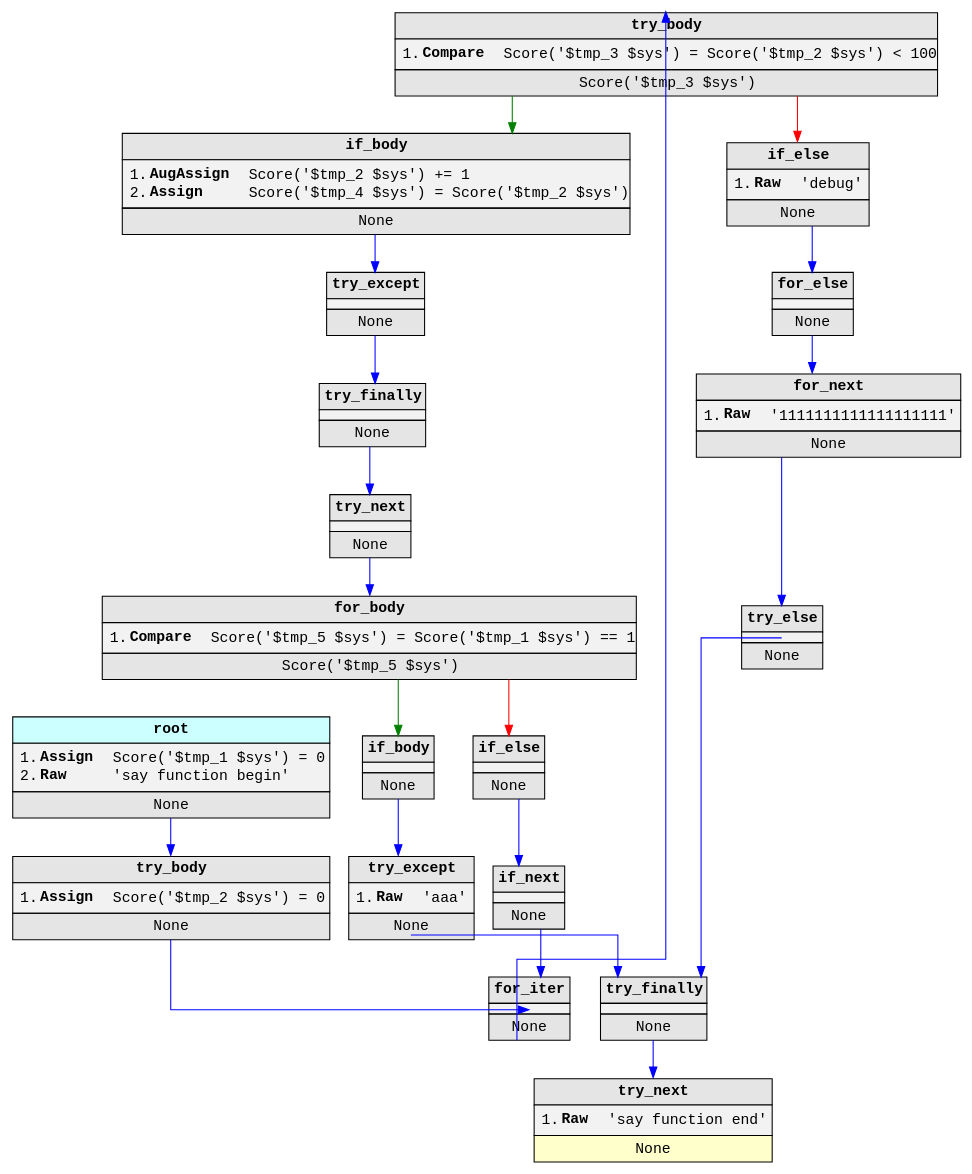
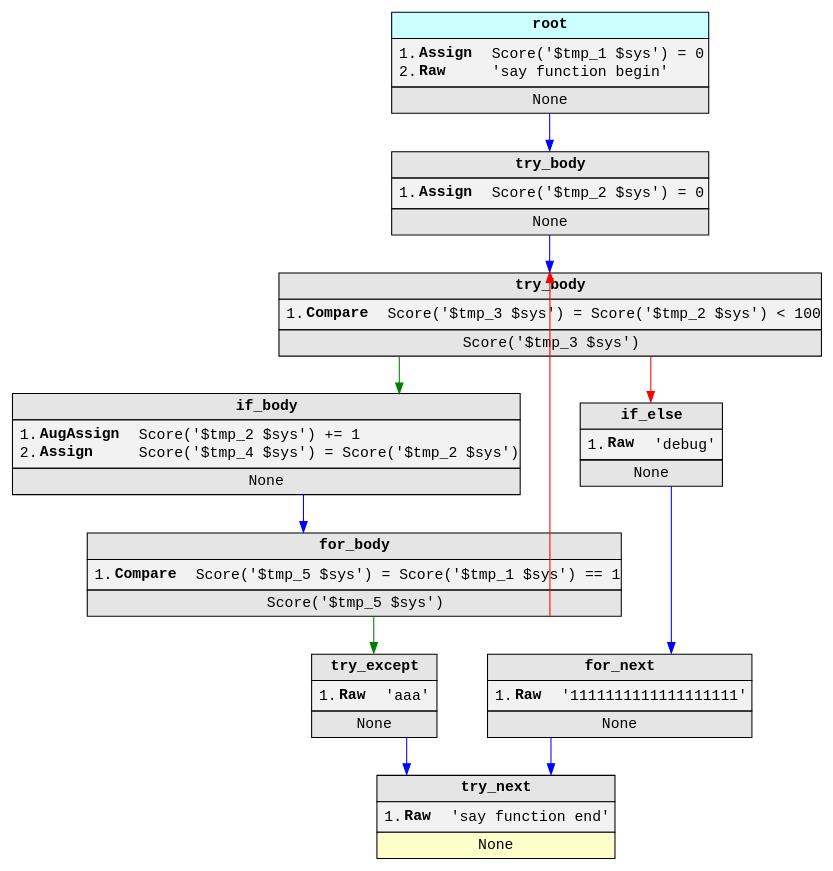
The diagram in test.dot (00ll00/pymcf), drawn with Graphviz before and after one commit. The commit also changed 2 other files, not shown here.

```diff
--- a/test.dot
+++ b/test.dot
@@ -1,178 +1,98 @@
 digraph {
 	node [fontname="Courier New"]
 	edge [fontname="Courier New"]
 	bgcolor=white splines=ortho
-	node_1550638433488 [label=<
+	node_2506838769552 [label=<
                     <table border="0" cellborder="1" cellspacing="0" cellpadding="4">
                         <tr><td><b>try_next</b></td></tr>
                         <tr><td bgcolor="gray95"><table border="0" cellborder="0" cellspacing="2" cellpadding="0">
                             <tr><td align="left">1.</td><td align="left"><b>Raw</b>  </td><td align="left">&#x27;say function end&#x27;</td></tr>
                         </table></td></tr>
                         <tr><td bgcolor="#ffffcc">None</td></tr>
                     </table>
                     > fillcolor=gray90 shape=plain style=filled]
-	node_1550638333456 [label=<
-                    <table border="0" cellborder="1" cellspacing="0" cellpadding="4">
-                        <tr><td><b>try_finally</b></td></tr>
-                        <tr><td bgcolor="gray95"></td></tr>
-                        <tr><td>None</td></tr>
-                    </table>
-                    > fillcolor=gray90 shape=plain style=filled]
-	node_1550638333456:s -> node_1550638433488:n [color=blue]
-	node_1550638432464 [label=<
-                    <table border="0" cellborder="1" cellspacing="0" cellpadding="4">
-                        <tr><td><b>try_else</b></td></tr>
-                        <tr><td bgcolor="gray95"></td></tr>
-                        <tr><td>None</td></tr>
-                    </table>
-                    > fillcolor=gray90 shape=plain style=filled]
-	node_1550638432464:s -> node_1550638333456:n [color=blue]
-	node_1550638434384 [label=<
+	node_2506838950800 [label=<
                     <table border="0" cellborder="1" cellspacing="0" cellpadding="4">
                         <tr><td><b>for_next</b></td></tr>
                         <tr><td bgcolor="gray95"><table border="0" cellborder="0" cellspacing="2" cellpadding="0">
                             <tr><td align="left">1.</td><td align="left"><b>Raw</b>  </td><td align="left">&#x27;1111111111111111111&#x27;</td></tr>
                         </table></td></tr>
                         <tr><td>None</td></tr>
                     </table>
                     > fillcolor=gray90 shape=plain style=filled]
-	node_1550638434384:s -> node_1550638432464:n [color=blue]
-	node_1550638433616 [label=<
-                    <table border="0" cellborder="1" cellspacing="0" cellpadding="4">
-                        <tr><td><b>for_else</b></td></tr>
-                        <tr><td bgcolor="gray95"></td></tr>
-                        <tr><td>None</td></tr>
-                    </table>
-                    > fillcolor=gray90 shape=plain style=filled]
-	node_1550638433616:s -> node_1550638434384:n [color=blue]
-	node_1550638436944 [label=<
+	node_2506838950800:s -> node_2506838769552:n [color=blue]
+	node_2506838953424 [label=<
                     <table border="0" cellborder="1" cellspacing="0" cellpadding="4">
                         <tr><td><b>if_else</b></td></tr>
                         <tr><td bgcolor="gray95"><table border="0" cellborder="0" cellspacing="2" cellpadding="0">
                             <tr><td align="left">1.</td><td align="left"><b>Raw</b>  </td><td align="left">&#x27;debug&#x27;</td></tr>
                         </table></td></tr>
                         <tr><td>None</td></tr>
                     </table>
                     > fillcolor=gray90 shape=plain style=filled]
-	node_1550638436944:s -> node_1550638433616:n [color=blue]
-	node_1550638438672 [label=<
-                    <table border="0" cellborder="1" cellspacing="0" cellpadding="4">
-                        <tr><td><b>if_next</b></td></tr>
-                        <tr><td bgcolor="gray95"></td></tr>
-                        <tr><td>None</td></tr>
-                    </table>
-                    > fillcolor=gray90 shape=plain style=filled]
-	node_1550638438672:s -> node_1550638434000:n [color=blue]
-	node_1550638438288 [label=<
-                    <table border="0" cellborder="1" cellspacing="0" cellpadding="4">
-                        <tr><td><b>if_else</b></td></tr>
-                        <tr><td bgcolor="gray95"></td></tr>
-                        <tr><td>None</td></tr>
-                    </table>
-                    > fillcolor=gray90 shape=plain style=filled]
-	node_1550638438288:s -> node_1550638438672:n [color=blue]
-	node_1550638333648 [label=<
+	node_2506838953424:s -> node_2506838950800:n [color=blue]
+	node_2506838866448 [label=<
                     <table border="0" cellborder="1" cellspacing="0" cellpadding="4">
                         <tr><td><b>try_except</b></td></tr>
                         <tr><td bgcolor="gray95"><table border="0" cellborder="0" cellspacing="2" cellpadding="0">
                             <tr><td align="left">1.</td><td align="left"><b>Raw</b>  </td><td align="left">&#x27;aaa&#x27;</td></tr>
                         </table></td></tr>
                         <tr><td>None</td></tr>
                     </table>
                     > fillcolor=gray90 shape=plain style=filled]
-	node_1550638333648:s -> node_1550638333456:n [color=blue]
-	node_1550638434512 [label=<
-                    <table border="0" cellborder="1" cellspacing="0" cellpadding="4">
-                        <tr><td><b>if_body</b></td></tr>
-                        <tr><td bgcolor="gray95"></td></tr>
-                        <tr><td>None</td></tr>
-                    </table>
-                    > fillcolor=gray90 shape=plain style=filled]
-	node_1550638434512:s -> node_1550638333648:n [color=blue]
-	node_1550638434448 [label=<
+	node_2506838866448:s -> node_2506838769552:n [color=blue]
+	node_2506838950928 [label=<
                     <table border="0" cellborder="1" cellspacing="0" cellpadding="4">
                         <tr><td><b>for_body</b></td></tr>
                         <tr><td bgcolor="gray95"><table border="0" cellborder="0" cellspacing="2" cellpadding="0">
                             <tr><td align="left">1.</td><td align="left"><b>Compare</b>  </td><td align="left">Score(&#x27;$tmp_5 $sys&#x27;) = Score(&#x27;$tmp_1 $sys&#x27;) == 1</td></tr>
                         </table></td></tr>
                         <tr><td>Score(&#x27;$tmp_5 $sys&#x27;)</td></tr>
                     </table>
                     > fillcolor=gray90 shape=plain style=filled]
-	node_1550638434448:sw -> node_1550638434512:n [color=green]
-	node_1550638434448:se -> node_1550638438288:n [color=red]
-	node_1550638436432 [label=<
-                    <table border="0" cellborder="1" cellspacing="0" cellpadding="4">
-                        <tr><td><b>try_next</b></td></tr>
-                        <tr><td bgcolor="gray95"></td></tr>
-                        <tr><td>None</td></tr>
-                    </table>
-                    > fillcolor=gray90 shape=plain style=filled]
-	node_1550638436432:s -> node_1550638434448:n [color=blue]
-	node_1550638434768 [label=<
-                    <table border="0" cellborder="1" cellspacing="0" cellpadding="4">
-                        <tr><td><b>try_finally</b></td></tr>
-                        <tr><td bgcolor="gray95"></td></tr>
-                        <tr><td>None</td></tr>
-                    </table>
-                    > fillcolor=gray90 shape=plain style=filled]
-	node_1550638434768:s -> node_1550638436432:n [color=blue]
-	node_1550638434960 [label=<
-                    <table border="0" cellborder="1" cellspacing="0" cellpadding="4">
-                        <tr><td><b>try_except</b></td></tr>
-                        <tr><td bgcolor="gray95"></td></tr>
-                        <tr><td>None</td></tr>
-                    </table>
-                    > fillcolor=gray90 shape=plain style=filled]
-	node_1550638434960:s -> node_1550638434768:n [color=blue]
-	node_1550638436560 [label=<
+	node_2506838950928:sw -> node_2506838866448:n [color=green]
+	node_2506838950928:se -> node_2506838952592:n [color=red]
+	node_2506838953040 [label=<
                     <table border="0" cellborder="1" cellspacing="0" cellpadding="4">
                         <tr><td><b>if_body</b></td></tr>
                         <tr><td bgcolor="gray95"><table border="0" cellborder="0" cellspacing="2" cellpadding="0">
                             <tr><td align="left">1.</td><td align="left"><b>AugAssign</b>  </td><td align="left">Score(&#x27;$tmp_2 $sys&#x27;) += 1</td></tr>
 <tr><td align="left">2.</td><td align="left"><b>Assign</b>  </td><td align="left">Score(&#x27;$tmp_4 $sys&#x27;) = Score(&#x27;$tmp_2 $sys&#x27;)</td></tr>
                         </table></td></tr>
                         <tr><td>None</td></tr>
                     </table>
                     > fillcolor=gray90 shape=plain style=filled]
-	node_1550638436560:s -> node_1550638434960:n [color=blue]
-	node_1550638436048 [label=<
+	node_2506838953040:s -> node_2506838950928:n [color=blue]
+	node_2506838952592 [label=<
                     <table border="0" cellborder="1" cellspacing="0" cellpadding="4">
                         <tr><td><b>try_body</b></td></tr>
                         <tr><td bgcolor="gray95"><table border="0" cellborder="0" cellspacing="2" cellpadding="0">
                             <tr><td align="left">1.</td><td align="left"><b>Compare</b>  </td><td align="left">Score(&#x27;$tmp_3 $sys&#x27;) = Score(&#x27;$tmp_2 $sys&#x27;) &lt; 100</td></tr>
                         </table></td></tr>
                         <tr><td>Score(&#x27;$tmp_3 $sys&#x27;)</td></tr>
                     </table>
                     > fillcolor=gray90 shape=plain style=filled]
-	node_1550638436048:sw -> node_1550638436560:n [color=green]
-	node_1550638436048:se -> node_1550638436944:n [color=red]
-	node_1550638434000 [label=<
-                    <table border="0" cellborder="1" cellspacing="0" cellpadding="4">
-                        <tr><td><b>for_iter</b></td></tr>
-                        <tr><td bgcolor="gray95"></td></tr>
-                        <tr><td>None</td></tr>
-                    </table>
-                    > fillcolor=gray90 shape=plain style=filled]
-	node_1550638434000:s -> node_1550638436048:n [color=blue]
-	node_1550638433104 [label=<
+	node_2506838952592:sw -> node_2506838953040:n [color=green]
+	node_2506838952592:se -> node_2506838953424:n [color=red]
+	node_2506838867600 [label=<
                     <table border="0" cellborder="1" cellspacing="0" cellpadding="4">
                         <tr><td><b>try_body</b></td></tr>
                         <tr><td bgcolor="gray95"><table border="0" cellborder="0" cellspacing="2" cellpadding="0">
                             <tr><td align="left">1.</td><td align="left"><b>Assign</b>  </td><td align="left">Score(&#x27;$tmp_2 $sys&#x27;) = 0</td></tr>
                         </table></td></tr>
                         <tr><td>None</td></tr>
                     </table>
                     > fillcolor=gray90 shape=plain style=filled]
-	node_1550638433104:s -> node_1550638434000:n [color=blue]
-	node_1550633068816 [label=<
+	node_2506838867600:s -> node_2506838952592:n [color=blue]
+	node_2506798230928 [label=<
                     <table border="0" cellborder="1" cellspacing="0" cellpadding="4">
                         <tr><td bgcolor="#ccffff"><b>root</b></td></tr>
                         <tr><td bgcolor="gray95"><table border="0" cellborder="0" cellspacing="2" cellpadding="0">
                             <tr><td align="left">1.</td><td align="left"><b>Assign</b>  </td><td align="left">Score(&#x27;$tmp_1 $sys&#x27;) = 0</td></tr>
 <tr><td align="left">2.</td><td align="left"><b>Raw</b>  </td><td align="left">&#x27;say function begin&#x27;</td></tr>
                         </table></td></tr>
                         <tr><td>None</td></tr>
                     </table>
                     > fillcolor=gray90 shape=plain style=filled]
-	node_1550633068816:s -> node_1550638433104:n [color=blue]
+	node_2506798230928:s -> node_2506838867600:n [color=blue]
 }
```
